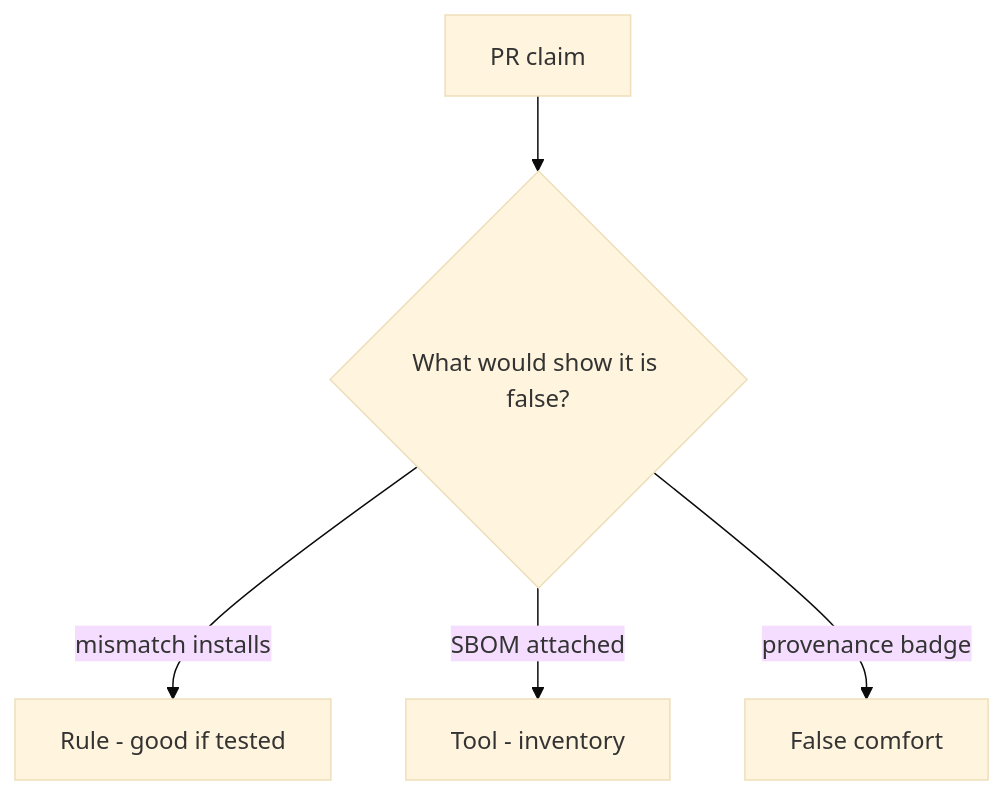
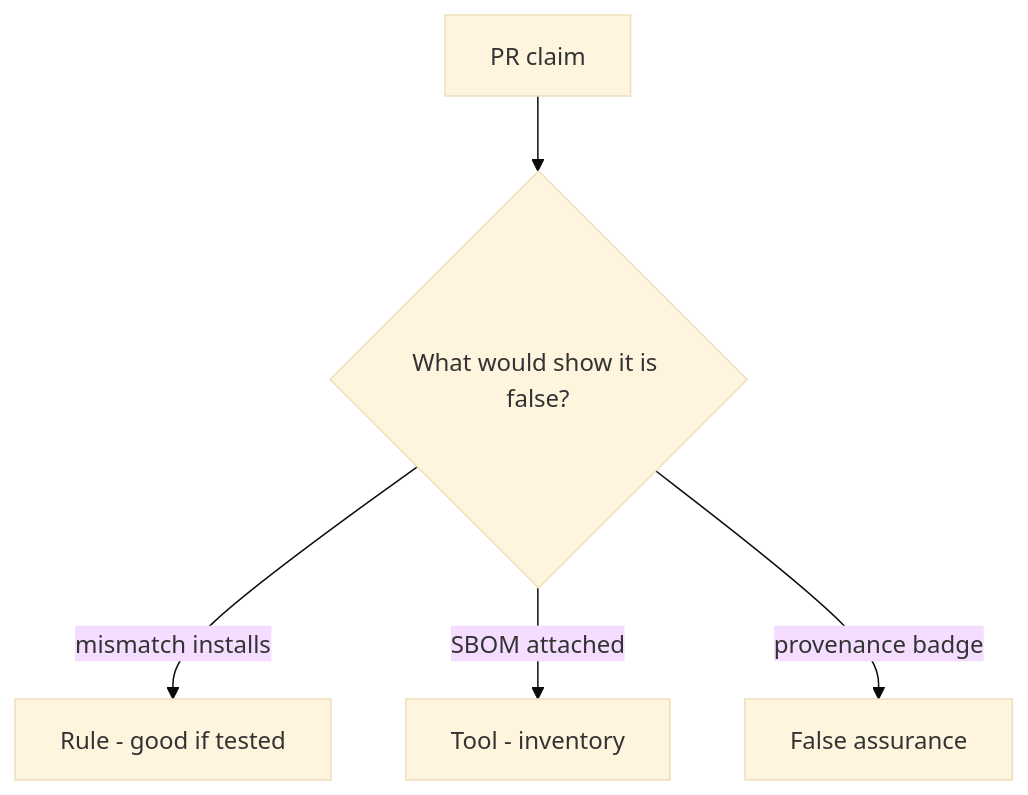
The diagram in content/modules/10/10.2/lessons/08-review.md (ishitvagoel/LearnSecurity), drawn with Mermaid (base theme) before and after one commit. The commit also changed other lines of this file and 240 other files, not shown here.

````diff
--- a/content/modules/10/10.2/lessons/08-review.md
+++ b/content/modules/10/10.2/lessons/08-review.md
@@ -18,7 +18,7 @@
 ```mermaid
 flowchart TD
   Claim[PR claim] --> Q{"What would show it is false?"}
   Q -->|mismatch installs| Property["Rule - good if tested"]
   Q -->|SBOM attached| Mechanism[Tool - inventory]
-  Q -->|provenance badge| False[False comfort]
+  Q -->|provenance badge| False[False assurance]
 ```
````
